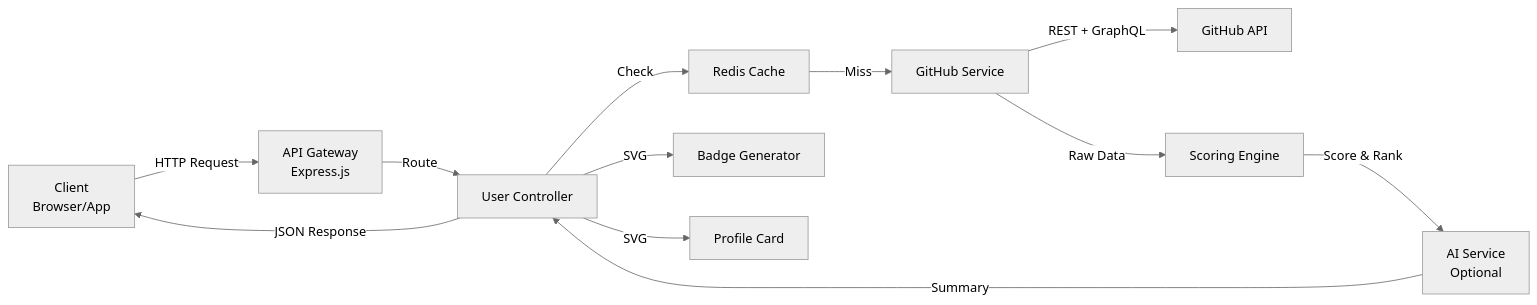
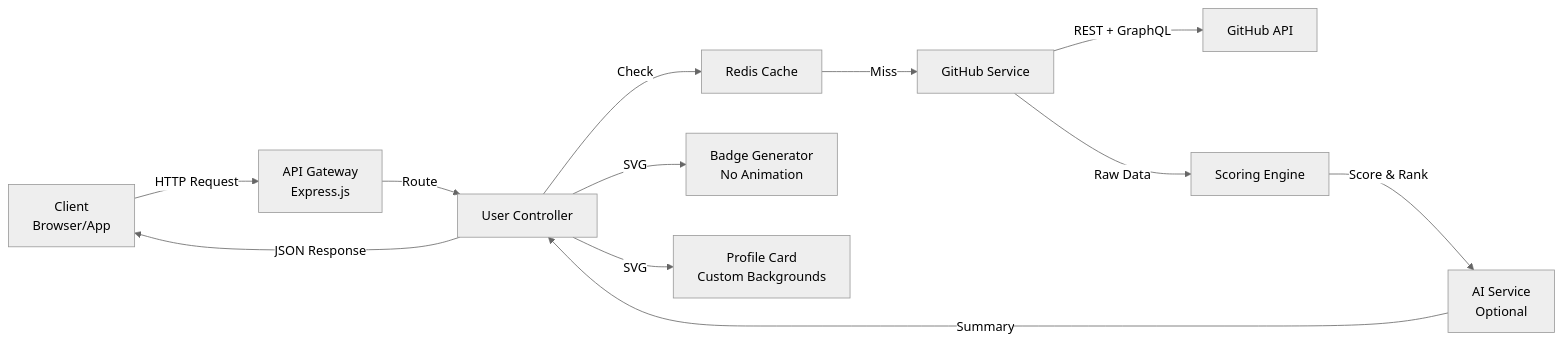
The second of 2 diagrams in README.md (Shineii86/GitHubAPI), drawn with Mermaid (neutral theme) before and after one commit. The commit also changed other lines of this file, not shown here.

````diff
--- a/README.md
+++ b/README.md
@@ -287,14 +316,14 @@
 ```mermaid
 graph LR
     Client[Client<br/>Browser/App] -->|HTTP Request| Gateway[API Gateway<br/>Express.js]
     Gateway -->|Route| Controller[User Controller]
     Controller -->|Check| Cache[Redis Cache]
     Cache -->|Miss| GH[GitHub Service]
     GH -->|REST + GraphQL| GitHubAPI[GitHub API]
     GH -->|Raw Data| Scoring[Scoring Engine]
     Scoring -->|Score & Rank| AI[AI Service<br/>Optional]
     AI -->|Summary| Controller
     Controller -->|JSON Response| Client
-    Controller -->|SVG| Badge[Badge Generator]
-    Controller -->|SVG| Card[Profile Card]
+    Controller -->|SVG| Badge[Badge Generator<br/>No Animation]
+    Controller -->|SVG| Card[Profile Card<br/>Custom Backgrounds]
 ```
````
